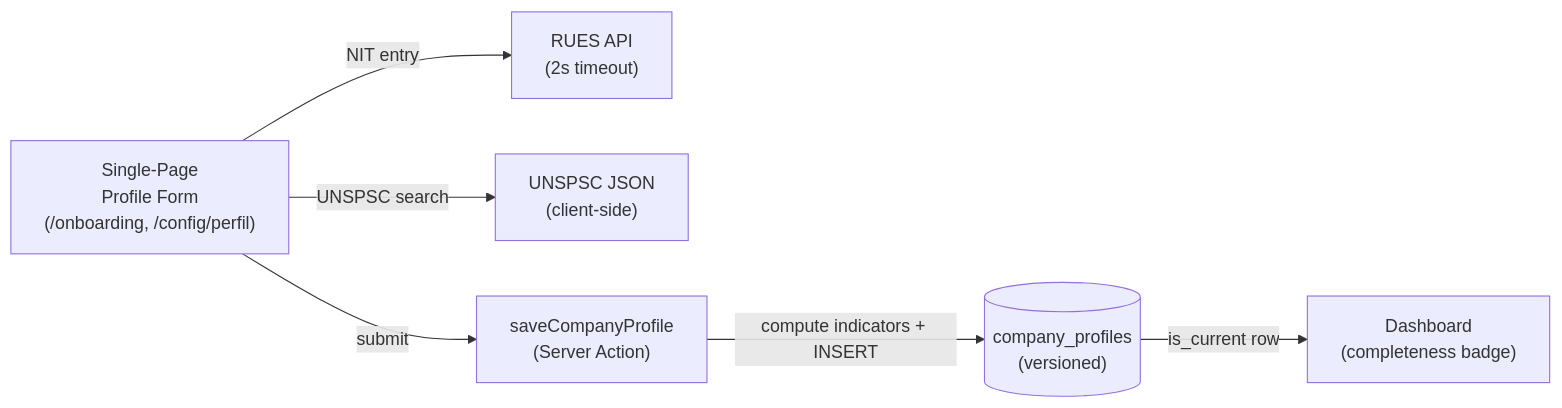
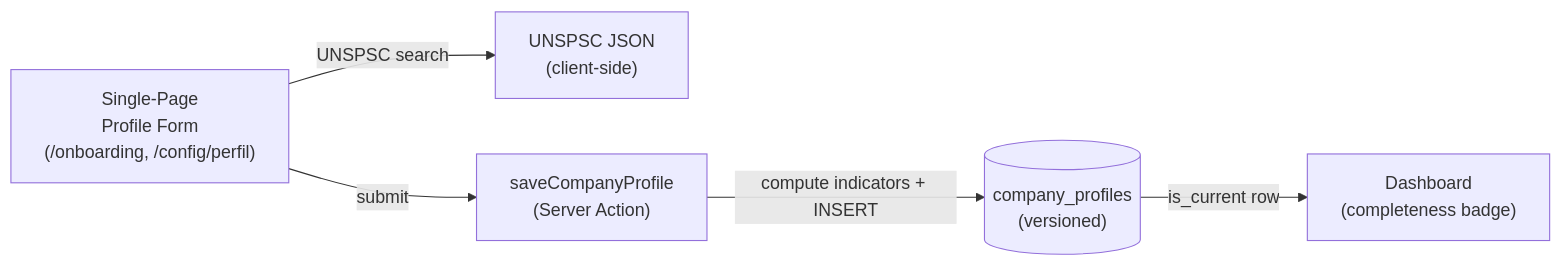
One commit to agentezai/coltratos changed the second of 2 diagrams in docs/company-profiling-onboarding/spec/spec.md. Above: the diagram before and after it, drawn with Mermaid. The commit also changed other lines of this file and 8 other files, not shown here.

````diff
--- a/docs/company-profiling-onboarding/spec/spec.md
+++ b/docs/company-profiling-onboarding/spec/spec.md
@@ -240,15 +231,13 @@
 ```mermaid
 flowchart LR
     Form["Single-Page\nProfile Form\n(/onboarding, /config/perfil)"]
-    RUES["RUES API\n(2s timeout)"]
     UNSPSC["UNSPSC JSON\n(client-side)"]
     Action["saveCompanyProfile\n(Server Action)"]
     DB[("company_profiles\n(versioned)")]
     Dashboard["Dashboard\n(completeness badge)"]
 
-    Form -->|NIT entry| RUES
     Form -->|UNSPSC search| UNSPSC
     Form -->|submit| Action
     Action -->|compute indicators + INSERT| DB
     DB -->|is_current row| Dashboard
 ```
````
